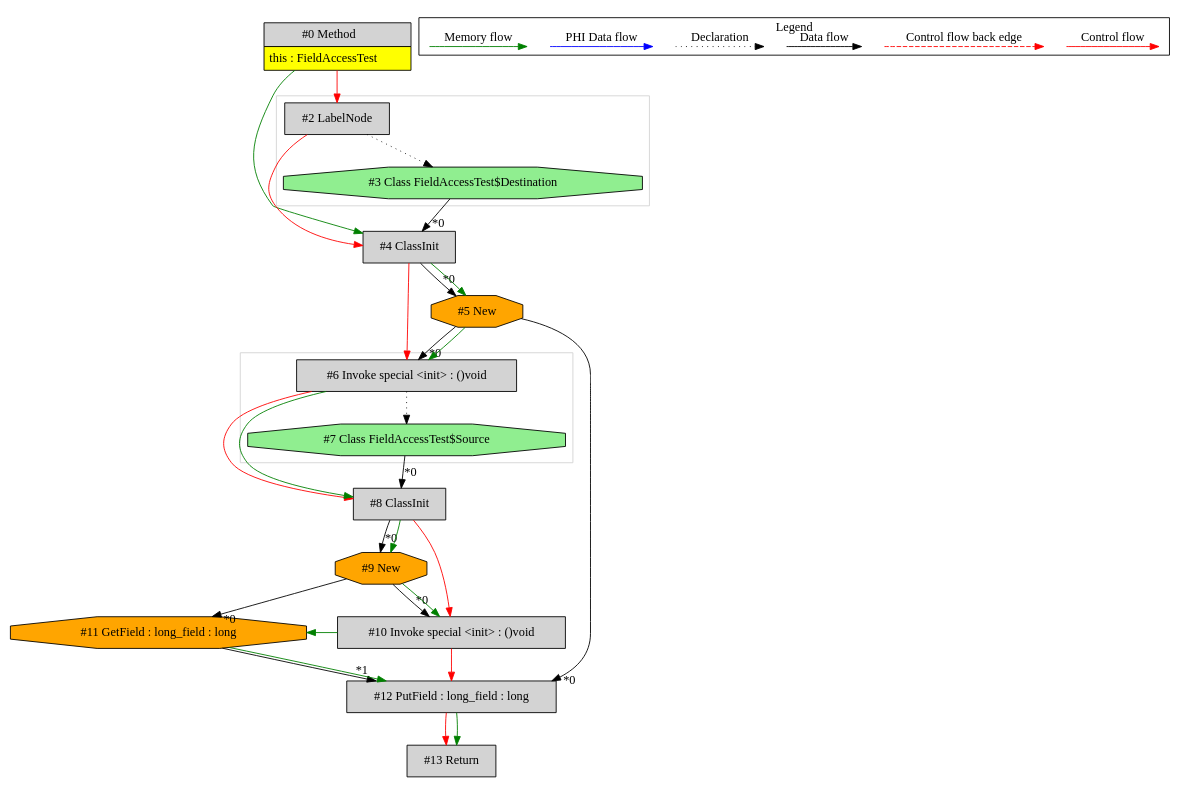
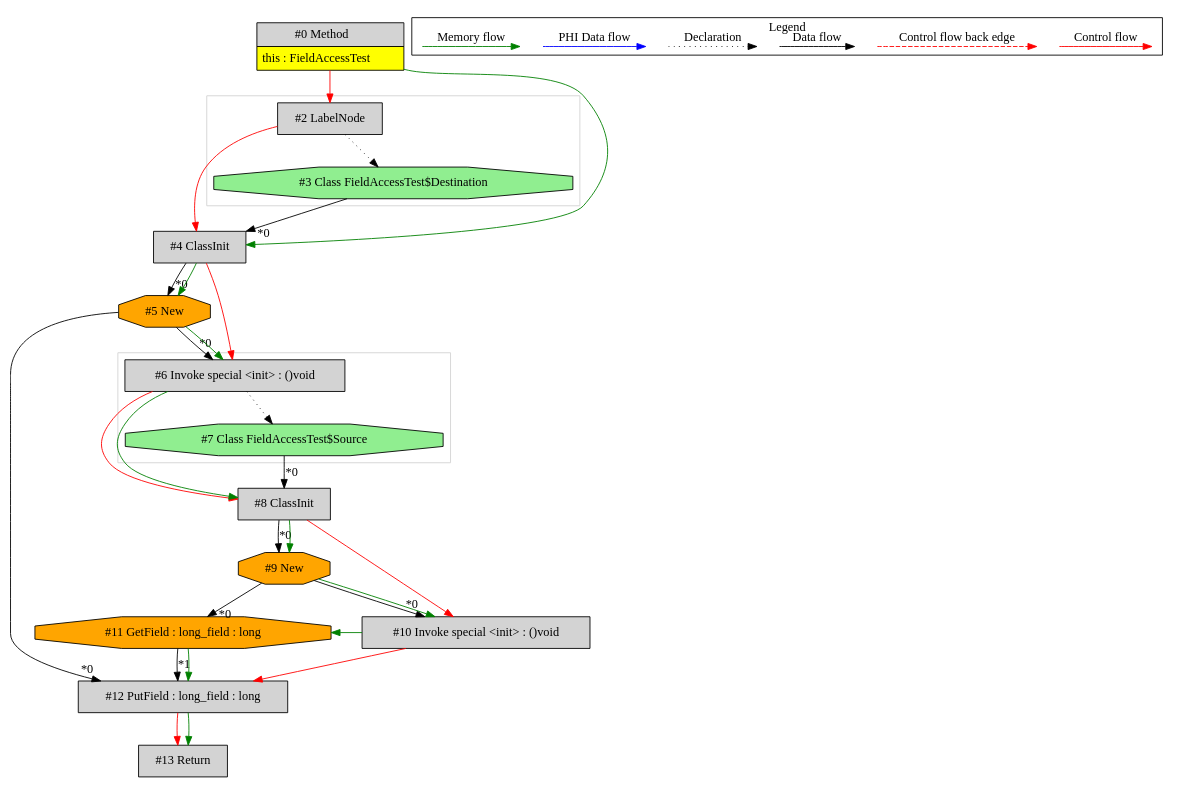
Before and after one commit to mirkosertic/MetaIR: the diagram in de.mirkosertic.metair.ir.examples.FieldAccessTest/copy_long/ir.dot, drawn with Graphviz. The commit also changed other lines of this file and 977 other files, not shown here.

```diff
--- a/de.mirkosertic.metair.ir.examples.FieldAccessTest/copy_long/ir.dot
+++ b/de.mirkosertic.metair.ir.examples.FieldAccessTest/copy_long/ir.dot
@@ -1,79 +1,79 @@
 digraph {
  ordering="in";
  node0[margin="0", label=<<table border="0" cellborder="1" cellspacing="0" cellpadding="5"><tr><td colspan="1">#0 Method</td></tr><tr><td port="prj1" bgcolor="yellow">this : FieldAccessTest</td></tr></table>>,shape=none, fillcolor=lightgrey, style=filled];
+ node2[label="#2 LabelNode",shape=box, fillcolor=lightgrey, style=filled];
+ node0 -> node2[labeldistance=2, color=red, fontcolor=red];
  node4[label="#4 ClassInit",shape=box, fillcolor=lightgrey, style=filled];
  node3 -> node4[headlabel="*0", labeldistance=2];
  node2 -> node4[labeldistance=2, color=red, fontcolor=red];
  node0 -> node4[labeldistance=2, color=green, constraint=false];
- node2[label="#2 LabelNode",shape=box, fillcolor=lightgrey, style=filled];
- node0 -> node2[labeldistance=2, color=red, fontcolor=red];
  node3[label="#3 Class FieldAccessTest$Destination",shape=octagon, fillcolor=lightgreen, style=filled];
  node2 -> node3[style=dotted];
- node6[label="#6 Invoke special <init> : ()void",shape=box, fillcolor=lightgrey, style=filled];
- node5 -> node6[headlabel="*0", labeldistance=2];
- node4 -> node6[labeldistance=2, color=red, fontcolor=red];
- node5 -> node6[labeldistance=2, color=green, constraint=false];
  node5[label="#5 New",shape=octagon, fillcolor=orange, style=filled];
  node4 -> node5[headlabel="*0", labeldistance=2];
  node4 -> node5[labeldistance=2, color=green, constraint=false];
  node12[label="#12 PutField : long_field : long",shape=box, fillcolor=lightgrey, style=filled];
  node5 -> node12[headlabel="*0", labeldistance=2];
  node11 -> node12[headlabel="*1", labeldistance=2];
  node11 -> node12[labeldistance=2, color=green, constraint=false];
  node10 -> node12[labeldistance=2, color=red, fontcolor=red];
  node10[label="#10 Invoke special <init> : ()void",shape=box, fillcolor=lightgrey, style=filled];
  node9 -> node10[headlabel="*0", labeldistance=2];
  node8 -> node10[labeldistance=2, color=red, fontcolor=red];
  node9 -> node10[labeldistance=2, color=green, constraint=false];
  node9[label="#9 New",shape=octagon, fillcolor=orange, style=filled];
  node8 -> node9[headlabel="*0", labeldistance=2];
  node8 -> node9[labeldistance=2, color=green, constraint=false];
  node8[label="#8 ClassInit",shape=box, fillcolor=lightgrey, style=filled];
  node7 -> node8[headlabel="*0", labeldistance=2];
  node6 -> node8[labeldistance=2, color=red, fontcolor=red];
  node6 -> node8[labeldistance=2, color=green, constraint=false];
+ node6[label="#6 Invoke special <init> : ()void",shape=box, fillcolor=lightgrey, style=filled];
+ node5 -> node6[headlabel="*0", labeldistance=2];
+ node4 -> node6[labeldistance=2, color=red, fontcolor=red];
+ node5 -> node6[labeldistance=2, color=green, constraint=false];
  node7[label="#7 Class FieldAccessTest$Source",shape=octagon, fillcolor=lightgreen, style=filled];
  node6 -> node7[style=dotted];
  node11[label="#11 GetField : long_field : long",shape=octagon, fillcolor=orange, style=filled];
  node9 -> node11[headlabel="*0", labeldistance=2];
  node10 -> node11[labeldistance=2, color=green, constraint=false];
  node13[label="#13 Return",shape=box, fillcolor=lightgrey, style=filled];
  node12 -> node13[labeldistance=2, color=red, fontcolor=red];
  node12 -> node13[labeldistance=2, color=green, constraint=false];
  subgraph cluster_0 {
   color=lightgray;
-  node2;
-  node3;
+  node6;
+  node7;
  }
  subgraph cluster_1 {
   color=lightgray;
-  node6;
-  node7;
+  node2;
+  node3;
  }
  subgraph cluster_000 {
   label = "Legend";
   node [shape=point]
   {
    rank=same;
    c0 [style = invis];
    c1 [style = invis];
    c2 [style = invis];
    c3 [style = invis];
    d0 [style = invis];
    d1 [style = invis];
    d2 [style = invis];
    d3 [style = invis];
    d4 [style = invis];
    d5 [style = invis];
    d6 [style = invis];
    d7 [style = invis];
   }
   c0 -> c1 [label="Control flow", style=solid, color=red]
   c2 -> c3 [label="Control flow back edge", style=dashed, color=red]
   d0 -> d1 [label="Data flow"]
   d2 -> d3 [label="Declaration", style=dotted]
   d4 -> d5 [label="PHI Data flow", color=blue]
   d6 -> d7 [label="Memory flow", color=green]
  }
 
 }
```
